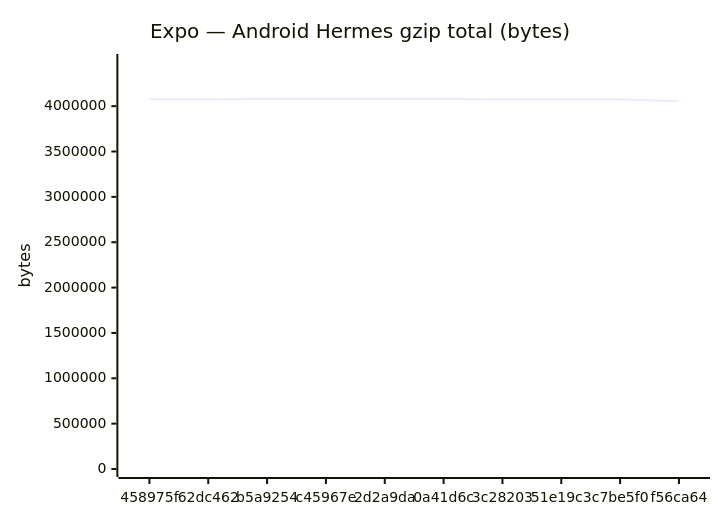
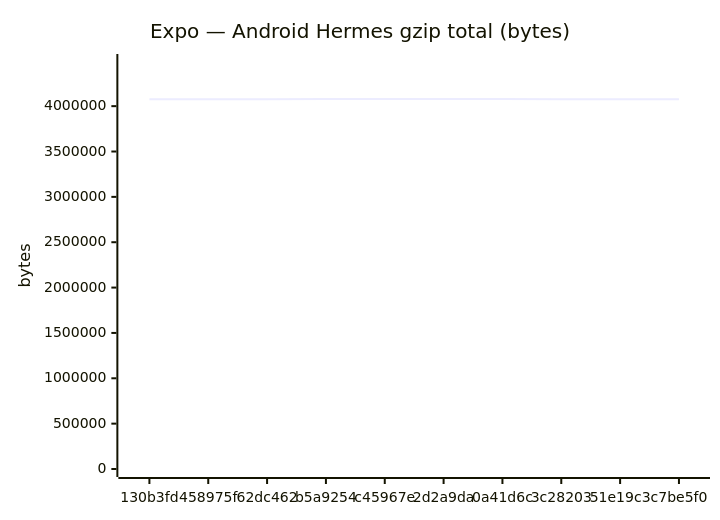
One commit to Metaheurist/Rianell changed the fifth of 18 diagrams in benchmarks/compare.md. Above: the diagram before and after it, drawn with Mermaid. The commit also changed other lines of this file and 11 other files, not shown here.

````diff
--- a/benchmarks/compare.md
+++ b/benchmarks/compare.md
@@ -89,7 +89,7 @@
 ```mermaid
 xychart-beta
     title "Expo — Android Hermes gzip total (bytes)"
-    x-axis ["458975f", "62dc462", "b5a9254", "c45967e", "2d2a9da", "0a41d6c", "3c28203", "51e19c3", "c7be5f0", "f56ca64"]
+    x-axis ["130b3fd", "458975f", "62dc462", "b5a9254", "c45967e", "2d2a9da", "0a41d6c", "3c28203", "51e19c3", "c7be5f0"]
     y-axis "bytes" 0 --> 4486787
-    line [4077341, 4077340, 4078885, 4078896, 4078895, 4078897, 4076071, 4075584, 4075582, 4052821]
+    line [4077332, 4077341, 4077340, 4078885, 4078896, 4078895, 4078897, 4076071, 4075584, 4075582]
 ```
````
